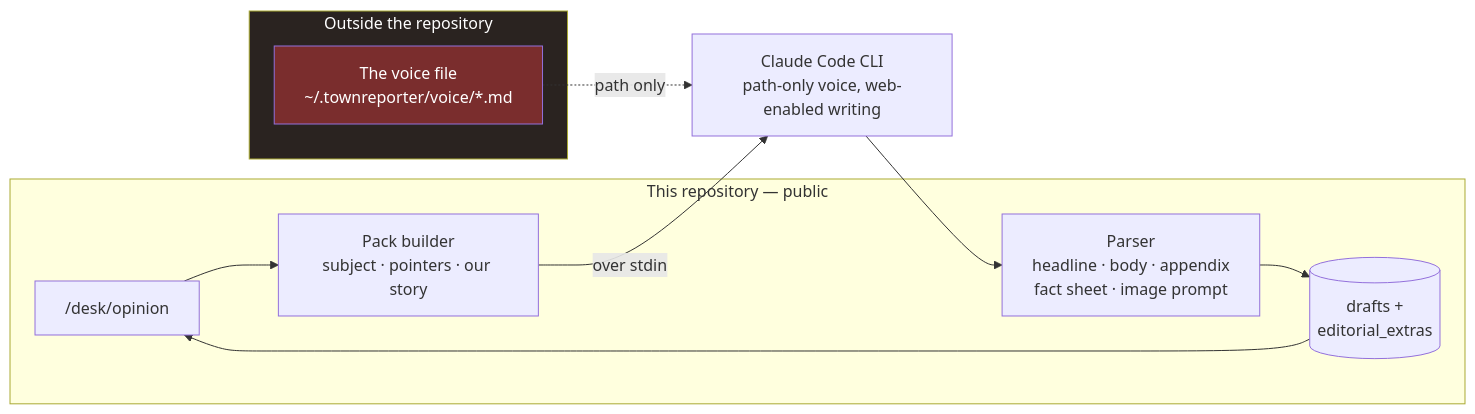
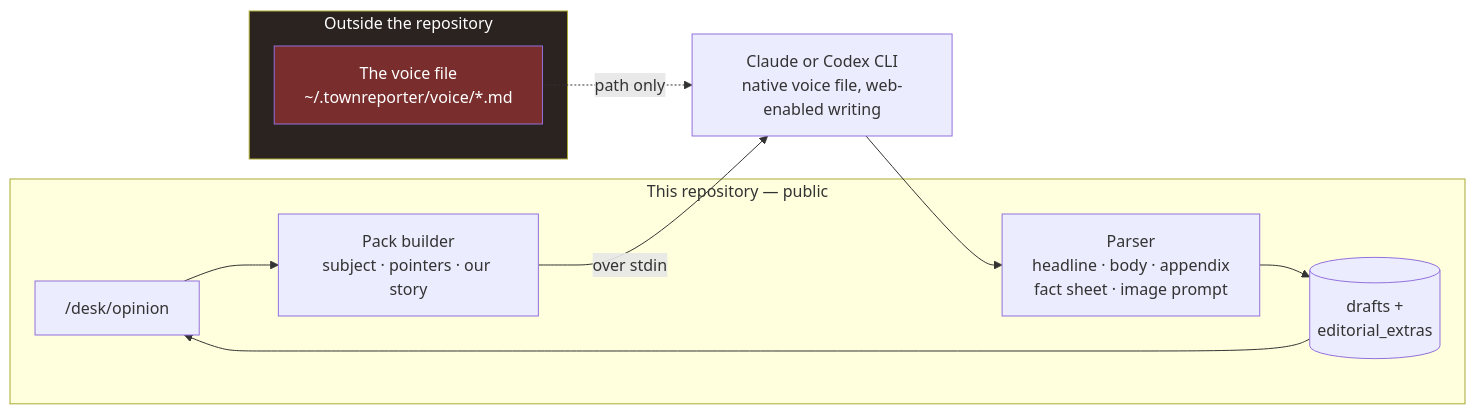
The fifth of 8 diagrams in docs/manual.md (scottconverse/TownReporter), drawn with Mermaid before and after one commit. The commit also changed other lines of this file and 2 other files, not shown here.

````diff
--- a/docs/manual.md
+++ b/docs/manual.md
@@ -918,23 +918,23 @@
 ```mermaid
 flowchart LR
     subgraph repo["This repository — public"]
         UI["/desk/opinion"]
         PACK["Pack builder<br/>subject · pointers · our story"]
         PARSE["Parser<br/>headline · body · appendix<br/>fact sheet · image prompt"]
         DRAFTS[("drafts +<br/>editorial_extras")]
     end
 
     subgraph private["Outside the repository"]
         VOICE["The voice file<br/>~/.townreporter/voice/*.md"]
     end
 
-    CLI["Claude Code CLI<br/>path-only voice, web-enabled writing"]
+    CLI["Claude or Codex CLI<br/>native voice file, web-enabled writing"]
 
     UI --> PACK
     PACK -->|"over stdin"| CLI
     VOICE -.->|"path only"| CLI
     CLI --> PARSE --> DRAFTS --> UI
 
     style private fill:#2a2320,color:#fff
     style VOICE fill:#7a2d2d,color:#fff
 ```
````
